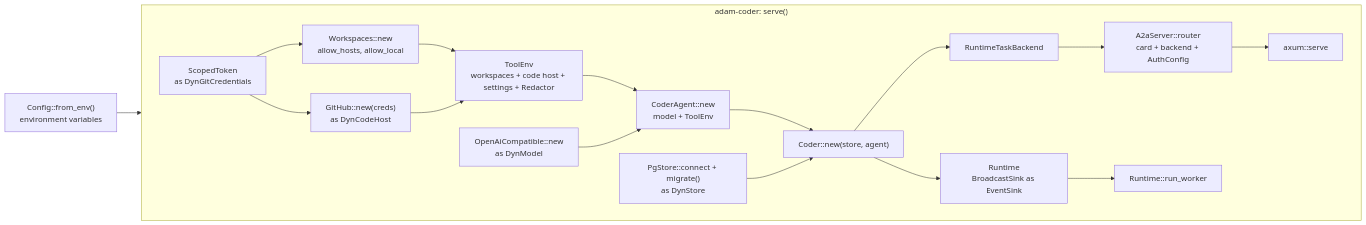
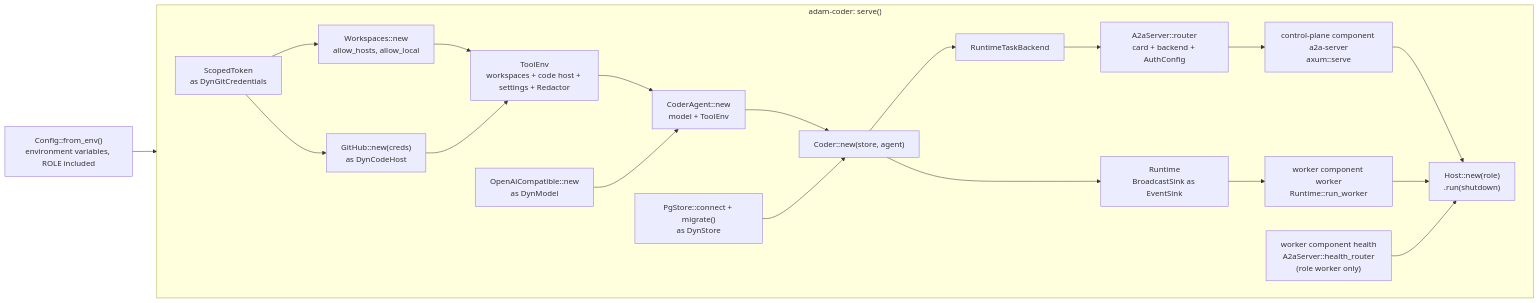
Before and after one commit to vymalo/another-adam-rs: the third of 14 diagrams in docs/architecture.md, drawn with Mermaid. The commit also changed other lines of this file and 12 other files, not shown here.

First line of the commit message:
feat(adam-coder): run as control plane, worker or both via ROLE

````diff
--- a/docs/architecture.md
+++ b/docs/architecture.md
@@ -355,35 +366,40 @@
 ```mermaid
 flowchart LR
-    env["Config::from_env()<br/>environment variables"] --> serve
+    env["Config::from_env()<br/>environment variables, ROLE included"] --> serve
 
     subgraph serve["adam-coder: serve()"]
         direction LR
         pg["PgStore::connect + migrate()<br/>as DynStore"]
         mdl["OpenAiCompatible::new<br/>as DynModel"]
         creds["ScopedToken<br/>as DynGitCredentials"]
         wsp["Workspaces::new<br/>allow_hosts, allow_local"]
         gh["GitHub::new(creds)<br/>as DynCodeHost"]
         tenv["ToolEnv<br/>workspaces + code host + settings + Redactor"]
         agent["CoderAgent::new<br/>model + ToolEnv"]
         coder["Coder::new(store, agent)"]
         rtm["Runtime<br/>BroadcastSink as EventSink"]
         bk["RuntimeTaskBackend"]
         router["A2aServer::router<br/>card + backend + AuthConfig"]
-        http["axum::serve"]
-        wrk["Runtime::run_worker"]
+        cp["control-plane component a2a-server<br/>axum::serve"]
+        wrk["worker component worker<br/>Runtime::run_worker"]
+        hlt["worker component health<br/>A2aServer::health_router<br/>(role worker only)"]
+        host["Host::new(role)<br/>.run(shutdown)"]
 
         creds --> wsp
         creds --> gh
         wsp --> tenv
         gh --> tenv
         tenv --> agent
         mdl --> agent
         agent --> coder
         pg --> coder
         coder --> rtm
         coder --> bk
         bk --> router
-        router --> http
+        router --> cp
         rtm --> wrk
+        cp --> host
+        wrk --> host
+        hlt --> host
     end
 ```
````
